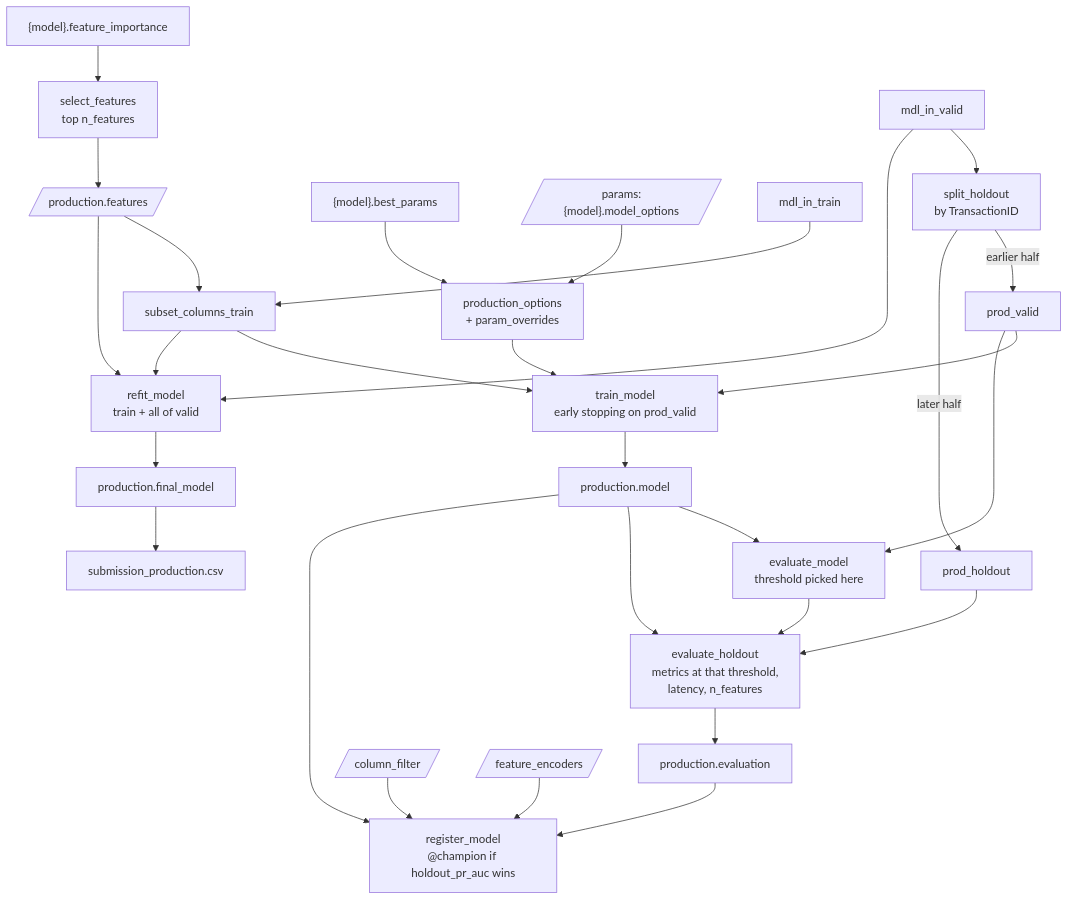
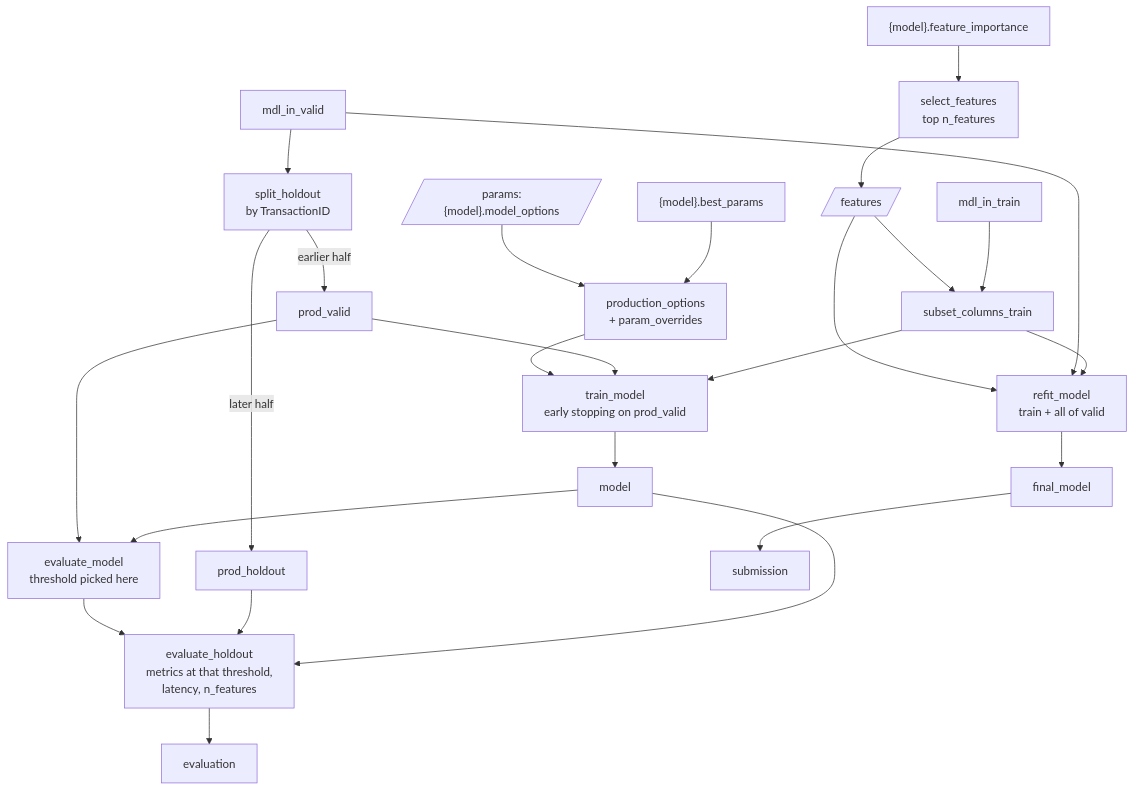
The ninth of 10 diagrams in docs/05_pipelines.md (MikolajKurtyka/fraud-detection-kedro), drawn with Mermaid before and after one commit. The commit also changed other lines of this file and 7 other files, not shown here.

Commit message:
docs: speed analysis (pandas vs NumPy, model, features), production candidates

````diff
--- a/docs/05_pipelines.md
+++ b/docs/05_pipelines.md
@@ -426,14 +432,13 @@
 ```mermaid
 flowchart TB
-    FI["{model}.feature_importance"] --> SF["select_features<br/>top n_features"] --> F[/production.features/]
+    FI["{model}.feature_importance"] --> SF["select_features<br/>top n_features"] --> F[/features/]
     BP["{model}.best_params"] & O[/"params:{model}.model_options"/] --> PO["production_options<br/>+ param_overrides"]
     TR[mdl_in_train] & F --> ST["subset_columns_train"]
     VA[mdl_in_valid] --> SH["split_holdout<br/>by TransactionID"]
     SH -->|earlier half| PV[prod_valid]
     SH -->|later half| HO[prod_holdout]
-    ST & PV & PO --> T["train_model<br/>early stopping on prod_valid"] --> M["production.model"]
+    ST & PV & PO --> T["train_model<br/>early stopping on prod_valid"] --> M["model"]
     M & PV --> E["evaluate_model<br/>threshold picked here"]
-    M & HO & E --> H["evaluate_holdout<br/>metrics at that threshold,<br/>latency, n_features"] --> EV["production.evaluation"]
-    ST & VA & F --> R["refit_model<br/>train + all of valid"] --> FM["production.final_model"] --> S["submission_production.csv"]
-    M & EV & CF[/column_filter/] & FE[/feature_encoders/] --> REG["register_model<br/>@champion if holdout_pr_auc wins"]
+    M & HO & E --> H["evaluate_holdout<br/>metrics at that threshold,<br/>latency, n_features"] --> EV["evaluation"]
+    ST & VA & F --> R["refit_model<br/>train + all of valid"] --> FM["final_model"] --> S["submission"]
 ```
````
